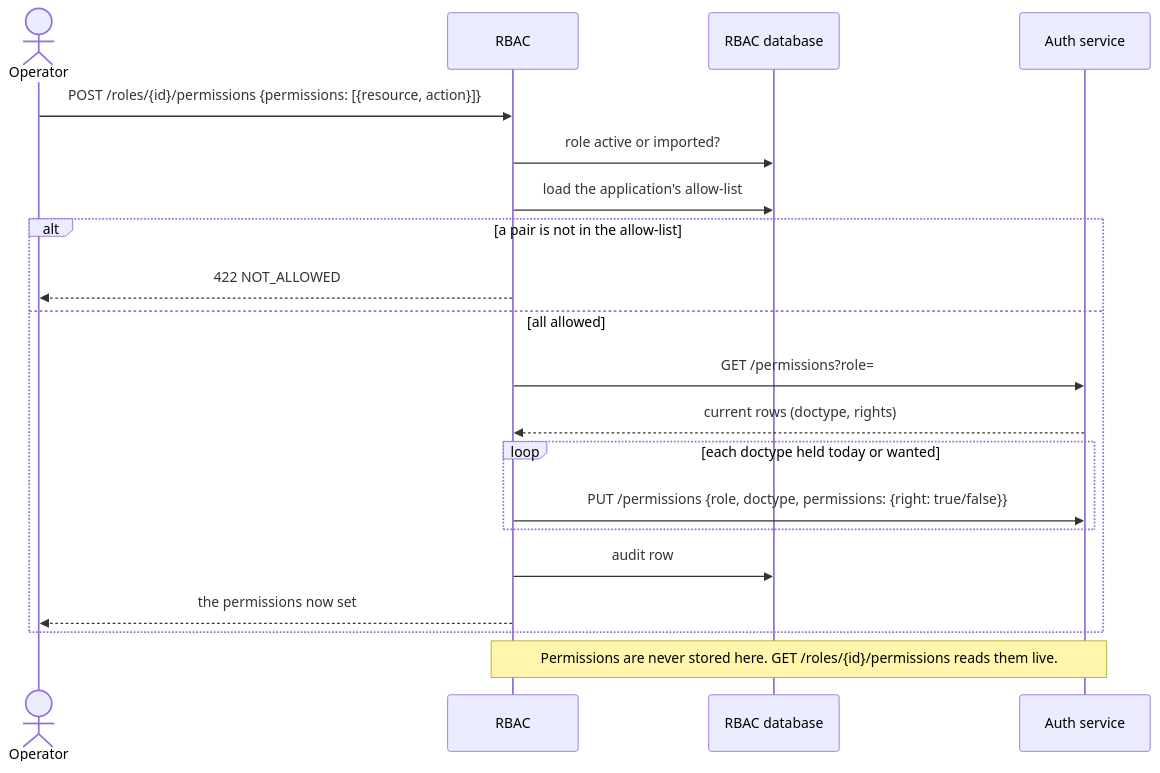
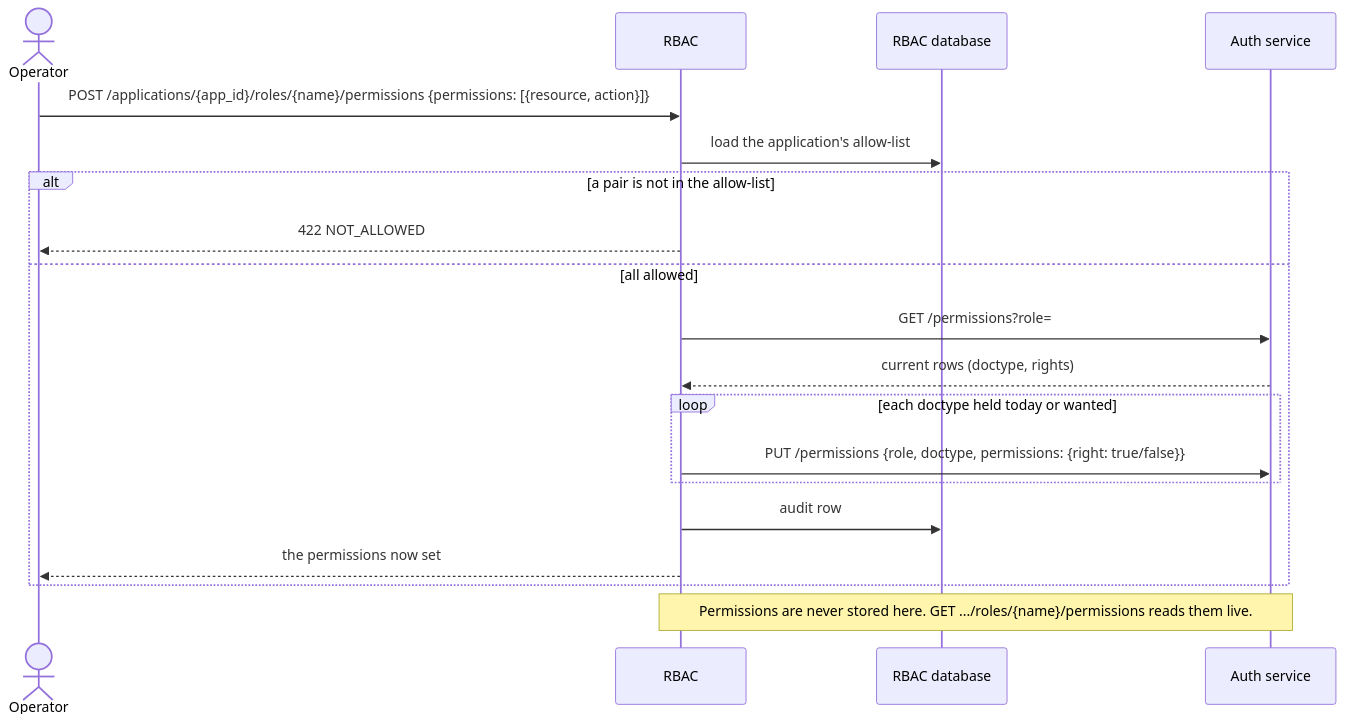
Before and after one commit to Centre-for-Open-Societal-Systems/oan_identitygovernance_service: the fifth of 6 diagrams in docs/sequence-diagrams.md, drawn with Mermaid. The commit also changed other lines of this file and 12 other files, not shown here.

First line of the commit message:
Read roles live from Keycloak and drop the role and sync tables

````diff
--- a/docs/sequence-diagrams.md
+++ b/docs/sequence-diagrams.md
@@ -96,23 +96,22 @@
 ```mermaid
 sequenceDiagram
     actor Op as Operator
     participant RBAC
     participant DB as RBAC database
     participant SV as Auth service
 
-    Op->>RBAC: POST /roles/{id}/permissions {permissions: [{resource, action}]}
-    RBAC->>DB: role active or imported?
+    Op->>RBAC: POST /applications/{app_id}/roles/{name}/permissions {permissions: [{resource, action}]}
     RBAC->>DB: load the application's allow-list
     alt a pair is not in the allow-list
         RBAC-->>Op: 422 NOT_ALLOWED
     else all allowed
         RBAC->>SV: GET /permissions?role=
         SV-->>RBAC: current rows (doctype, rights)
         loop each doctype held today or wanted
             RBAC->>SV: PUT /permissions {role, doctype, permissions: {right: true/false}}
         end
         RBAC->>DB: audit row
         RBAC-->>Op: the permissions now set
     end
-    Note over RBAC,SV: Permissions are never stored here. GET /roles/{id}/permissions reads them live.
+    Note over RBAC,SV: Permissions are never stored here. GET .../roles/{name}/permissions reads them live.
 ```
````
